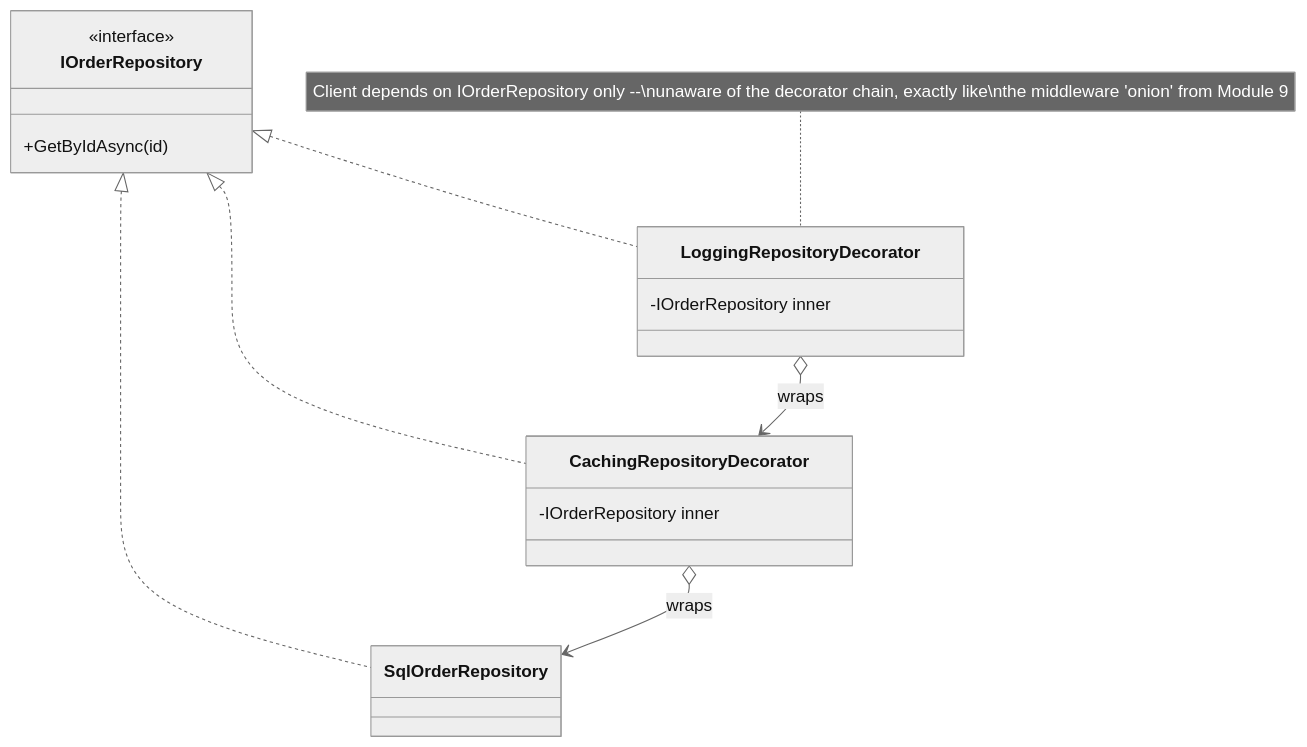
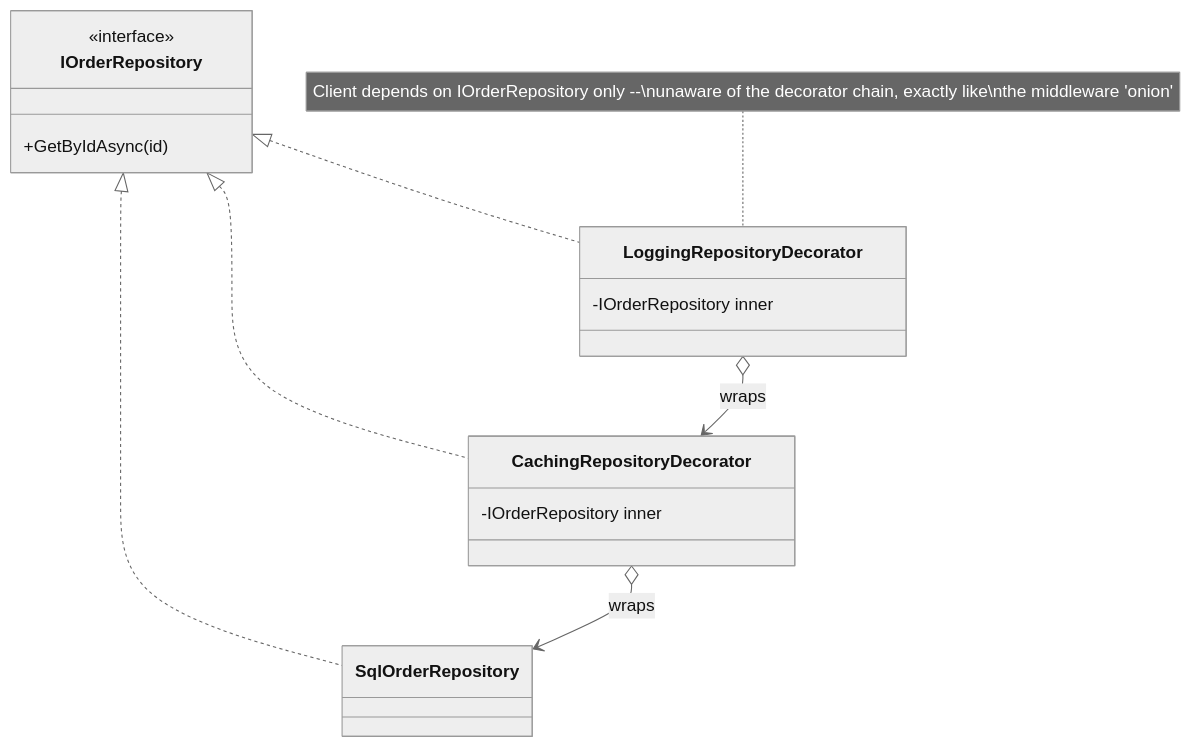
One commit to umashankarp/InterviewQuestions changed the diagram in 11-Design-Patterns/01-Creational-Structural-Patterns.md. Above: the diagram before and after it, drawn with Mermaid (neutral theme). The commit also changed other lines of this file and 173 other files, not shown here.

````diff
--- a/11-Design-Patterns/01-Creational-Structural-Patterns.md
+++ b/11-Design-Patterns/01-Creational-Structural-Patterns.md
@@ -64,20 +64,20 @@
 ```mermaid
 classDiagram
-    class IOrderRepository {
-        <<interface>>
-        +GetByIdAsync(id)
-    }
-    class SqlOrderRepository
-    class CachingRepositoryDecorator {
-        -IOrderRepository inner
-    }
-    class LoggingRepositoryDecorator {
-        -IOrderRepository inner
-    }
-    IOrderRepository <|.. SqlOrderRepository
-    IOrderRepository <|.. CachingRepositoryDecorator
-    IOrderRepository <|.. LoggingRepositoryDecorator
-    LoggingRepositoryDecorator o--> CachingRepositoryDecorator : wraps
-    CachingRepositoryDecorator o--> SqlOrderRepository : wraps
-    note for LoggingRepositoryDecorator "Client depends on IOrderRepository only --\nunaware of the decorator chain, exactly like\nthe middleware 'onion' from Module 9"
+ class IOrderRepository {
+ <<interface>>
+ +GetByIdAsync(id)
+ }
+ class SqlOrderRepository
+ class CachingRepositoryDecorator {
+ -IOrderRepository inner
+ }
+ class LoggingRepositoryDecorator {
+ -IOrderRepository inner
+ }
+ IOrderRepository <|.. SqlOrderRepository
+ IOrderRepository <|.. CachingRepositoryDecorator
+ IOrderRepository <|.. LoggingRepositoryDecorator
+ LoggingRepositoryDecorator o--> CachingRepositoryDecorator: wraps
+ CachingRepositoryDecorator o--> SqlOrderRepository: wraps
+ note for LoggingRepositoryDecorator "Client depends on IOrderRepository only --\nunaware of the decorator chain, exactly like\nthe middleware 'onion' "
 ```
````
